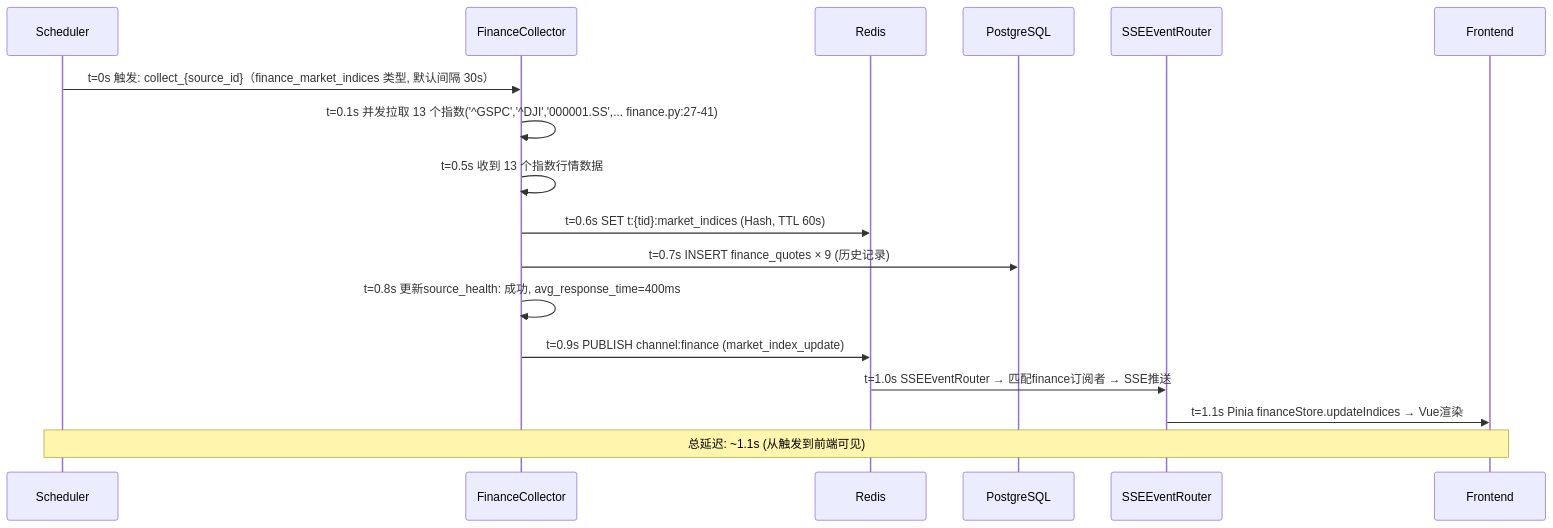
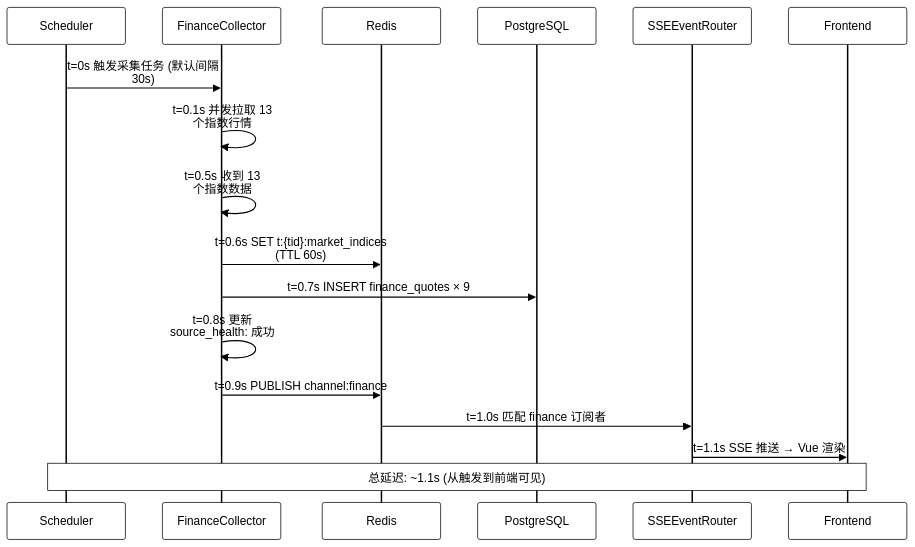
Diagram 12 of 12 in docs/design/data-flow.md (onceme/instantboard), drawn with Mermaid before and after one commit. The commit also changed other lines of this file and 11 other files, not shown here.

Commit message:
docs: unify mermaid diagrams to black-and-white orthogonal style

````diff
--- a/docs/design/data-flow.md
+++ b/docs/design/data-flow.md
@@ -597,21 +631,22 @@
 ```mermaid
+%%{init: {"theme": "base", "themeVariables": {"background": "#ffffff", "actorBkg": "#ffffff", "actorBorder": "#000000", "actorTextColor": "#000000", "actorLineColor": "#000000", "noteBkgColor": "#ffffff", "noteTextColor": "#000000", "noteBorderColor": "#000000", "activationBkgColor": "#ffffff", "activationBorderColor": "#000000", "signalColor": "#000000", "signalTextColor": "#000000", "labelBoxBkgColor": "#ffffff", "labelBoxBorderColor": "#000000", "labelTextColor": "#000000", "loopTextColor": "#000000", "altSectionBkgColor": "#ffffff", "sequenceNumberColor": "#000000", "fontSize": "14px"}, "sequence": {"mirrorActors": true, "actorMargin": 50, "width": 160, "height": 50, "messageMargin": 40, "noteMargin": 10, "boxMargin": 8, "wrap": true}}}%%
 sequenceDiagram
     participant Scheduler
     participant FinanceCollector
     participant Redis
     participant PostgreSQL
     participant SSEEventRouter
     participant Frontend
 
-    Scheduler->>FinanceCollector: t=0s 触发: collect_{source_id}（finance_market_indices 类型, 默认间隔 30s）
-    FinanceCollector->>FinanceCollector: t=0.1s 并发拉取 13 个指数('^GSPC','^DJI','000001.SS',... finance.py:27-41)
-    FinanceCollector->>FinanceCollector: t=0.5s 收到 13 个指数行情数据
-    FinanceCollector->>Redis: t=0.6s SET t:{tid}:market_indices (Hash, TTL 60s)
-    FinanceCollector->>PostgreSQL: t=0.7s INSERT finance_quotes × 9 (历史记录)
-    FinanceCollector->>FinanceCollector: t=0.8s 更新source_health: 成功, avg_response_time=400ms
-    FinanceCollector->>Redis: t=0.9s PUBLISH channel:finance (market_index_update)
-    Redis->>SSEEventRouter: t=1.0s SSEEventRouter → 匹配finance订阅者 → SSE推送
-    SSEEventRouter->>Frontend: t=1.1s Pinia financeStore.updateIndices → Vue渲染
+    Scheduler->>FinanceCollector: t=0s 触发采集任务 (默认间隔 30s)
+    FinanceCollector->>FinanceCollector: t=0.1s 并发拉取 13 个指数行情
+    FinanceCollector->>FinanceCollector: t=0.5s 收到 13 个指数数据
+    FinanceCollector->>Redis: t=0.6s SET t:{tid}:market_indices (TTL 60s)
+    FinanceCollector->>PostgreSQL: t=0.7s INSERT finance_quotes × 9
+    FinanceCollector->>FinanceCollector: t=0.8s 更新 source_health: 成功
+    FinanceCollector->>Redis: t=0.9s PUBLISH channel:finance
+    Redis->>SSEEventRouter: t=1.0s 匹配 finance 订阅者
+    SSEEventRouter->>Frontend: t=1.1s SSE 推送 → Vue 渲染
 
     Note over Scheduler,Frontend: 总延迟: ~1.1s (从触发到前端可见)
 ```
````
